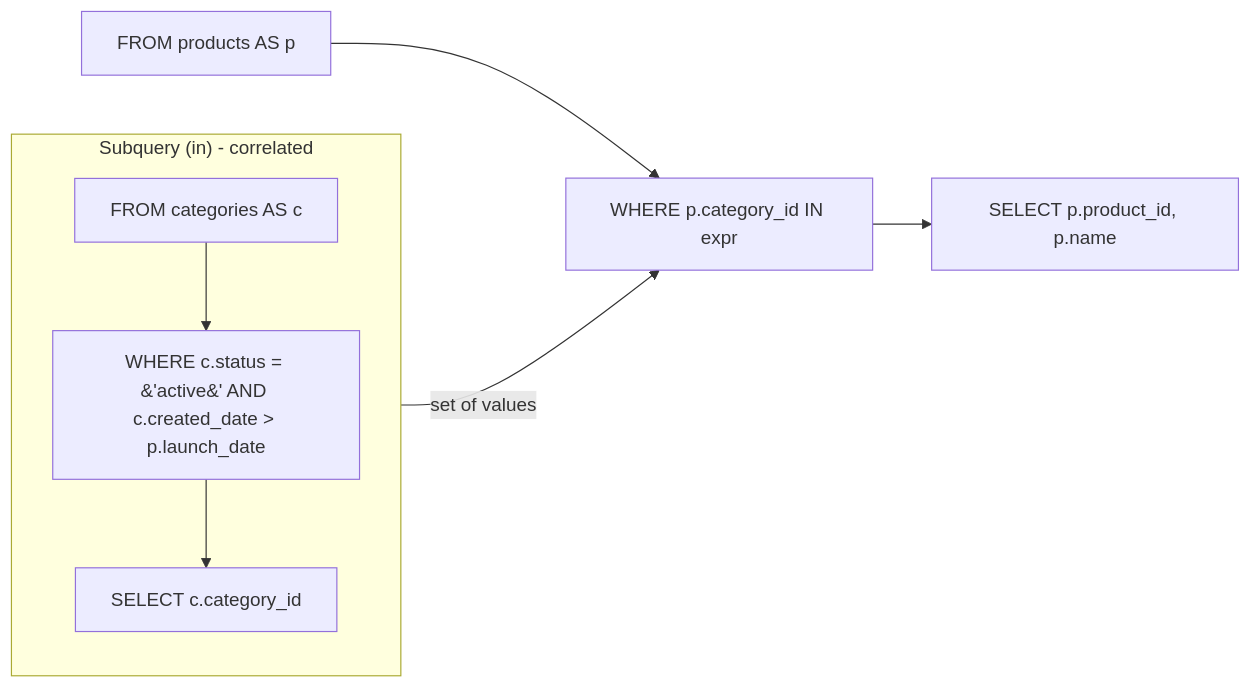
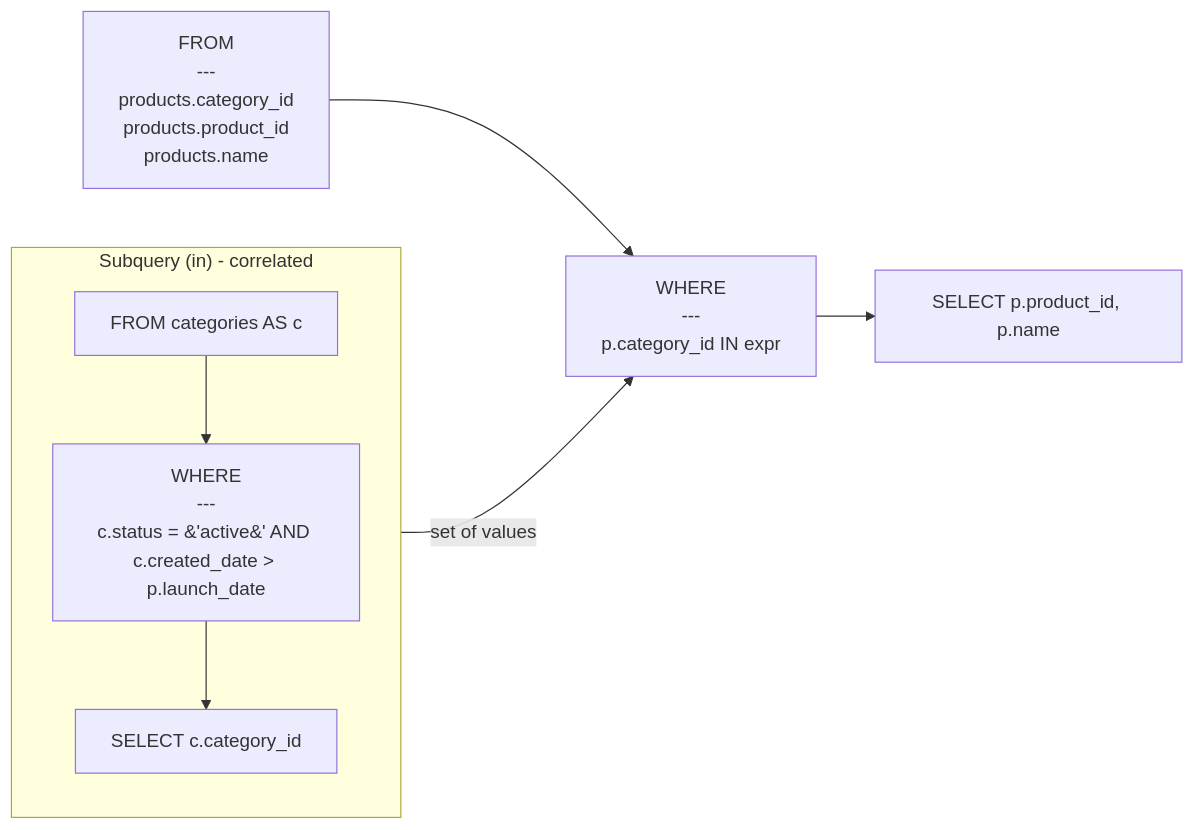
Before and after one commit to rot1024/sqloflow: the diagram in examples/subquery_in_correlated.mmd, drawn with Mermaid. The commit also changed 21 other files, not shown here.

Commit message:
feat: improve mermaid renderer

```diff
--- a/examples/subquery_in_correlated.mmd
+++ b/examples/subquery_in_correlated.mmd
@@ -1,15 +1,15 @@
 flowchart LR
-    node_0[FROM products AS p]
-    node_1["WHERE p.category_id IN expr"]
+    node_0["FROM<br/>---<br/>products.category_id<br/>products.product_id<br/>products.name"]
+    node_1["WHERE<br/>---<br/>p.category_id IN expr"]
     subgraph subquery_node_2 ["Subquery (in) - correlated"]
         direction TB
         subq_0_node_0[FROM categories AS c]
-        subq_0_node_1["WHERE c.status = &#39;active&#39; AND c.created_date &gt; p.launch_date"]
+        subq_0_node_1["WHERE<br/>---<br/>c.status = &#39;active&#39; AND c.created_date &gt; p.launch_date"]
         subq_0_node_2["SELECT c.category_id"]
         subq_0_node_0 --> subq_0_node_1
         subq_0_node_1 --> subq_0_node_2
     end
     subq_0_node_2 -->|set of values| node_1
     node_3["SELECT p.product_id, p.name"]
     node_0 --> node_1
     node_1 --> node_3
```
